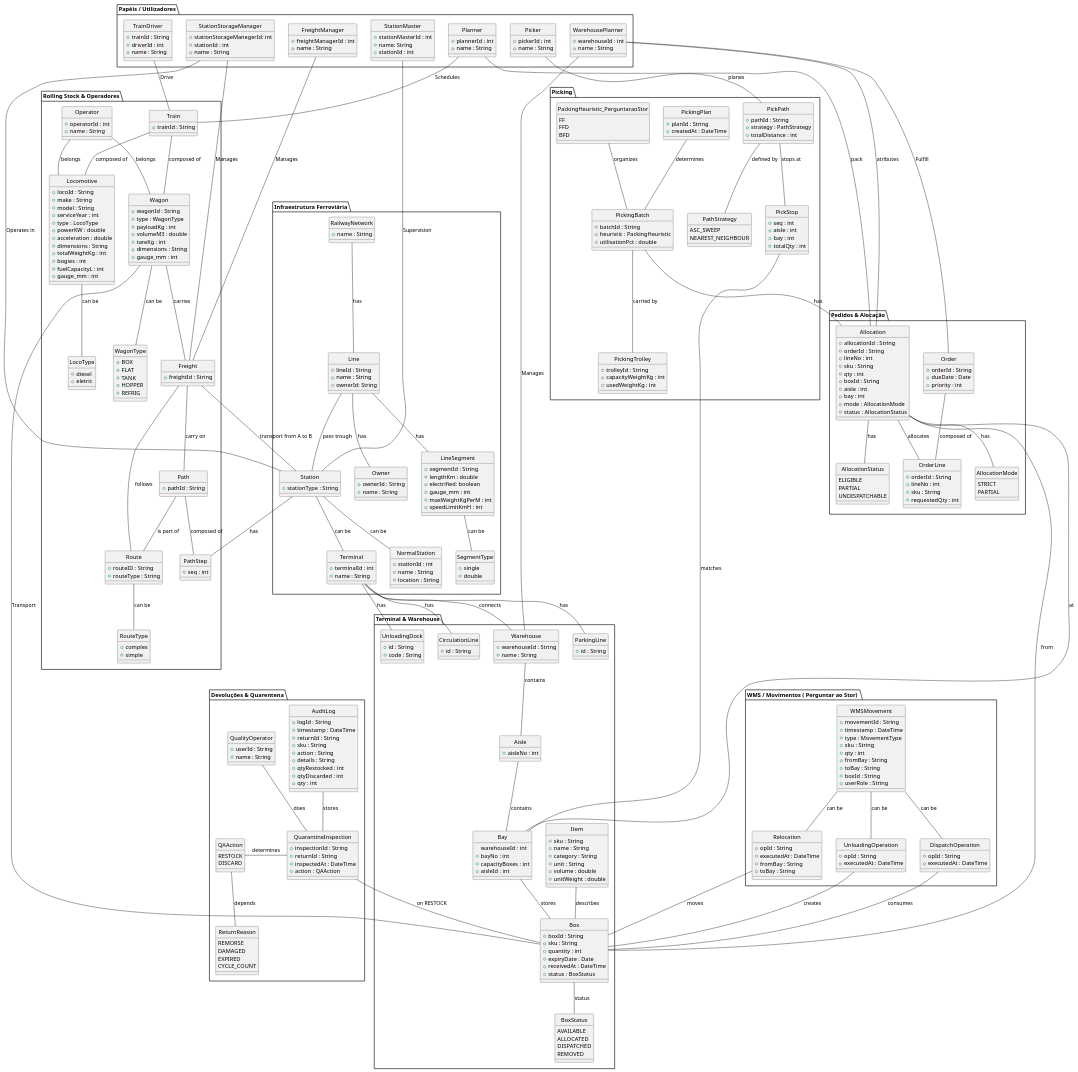
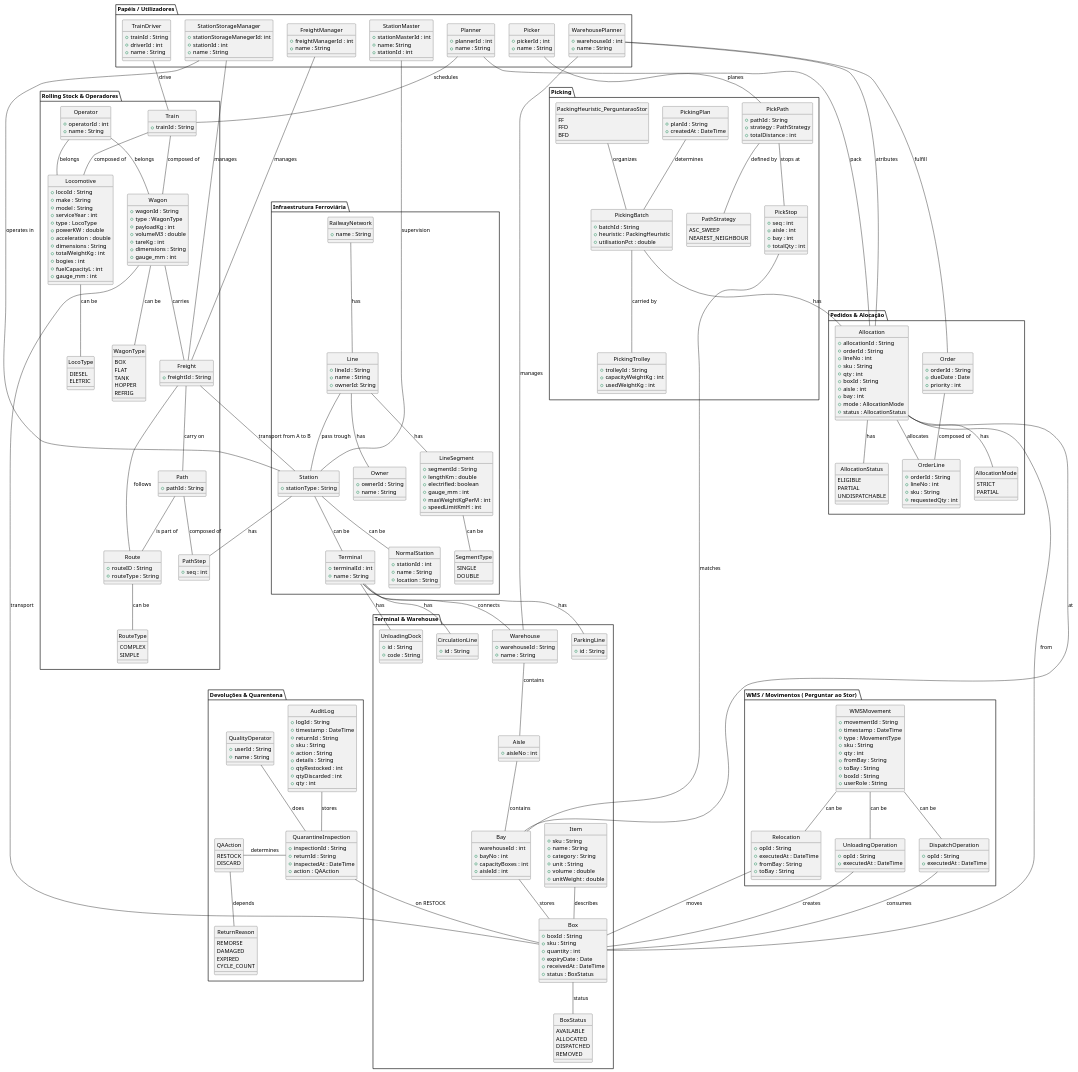
Before and after one commit to Andremonteiro1240850/RailwayNetwork: the diagram in src/main/doc/global-artifacts/Domain Model/DomainModel.puml, drawn with PlantUML.

Commit message:
Domain Model corrections

```diff
--- a/src/main/doc/global-artifacts/Domain Model/DomainModel.puml
+++ b/src/main/doc/global-artifacts/Domain Model/DomainModel.puml
@@ -18,9 +18,9 @@
     +ownerId: String
   }
 
-  class SegmentType {
-    +single
-    +double
+  enum SegmentType {
+    SINGLE
+    DOUBLE
   }
 
   class LineSegment {
@@ -66,9 +66,9 @@
     +name : String
   }
 
-  class LocoType {
-    +diesel
-    +eletric
+  enum LocoType {
+    DIESEL
+    ELETRIC
   }
 
   class Locomotive {
@@ -87,11 +87,11 @@
   }
 
   enum WagonType {
-    +BOX
-    +FLAT
-    +TANK
-    +HOPPER
-    +REFRIG
+    BOX
+    FLAT
+    TANK
+    HOPPER
+    REFRIG
   }
 
   class Wagon {
@@ -125,9 +125,9 @@
   +routeType : String
   }
 
-  class RouteType {
-  +complex
-  +simple
+  enum RouteType {
+  COMPLEX
+  SIMPLE
   }
 }
 
@@ -215,7 +215,7 @@
 Bay -- Box : stores
 Item -- Box : describes
 Box -- BoxStatus : status
-Box -- Wagon : Transport
+Box -- Wagon : transport
 
 ' ======================= OPERAÇÕES WMS =======================
 package "WMS / Movimentos ( Perguntar ao Stor) " {
@@ -448,15 +448,15 @@
 }
 
 ' Relações de Utilizadores
-TrainDriver -- Train : Drive
-StationMaster -- Station : Supervision
-StationStorageManager -- Station : Operates in
-StationStorageManager -- Freight : Manages
-FreightManager -- Freight : Manages
-Planner -- Train : Schedules
-WarehousePlanner -- Warehouse : Manages
+TrainDriver -- Train : drive
+StationMaster -- Station : supervision
+StationStorageManager -- Station : operates in
+StationStorageManager -- Freight : manages
+FreightManager -- Freight : manages
+Planner -- Train : schedules
+WarehousePlanner -- Warehouse : manages
 WarehousePlanner -- Allocation : atributes
-WarehousePlanner -- Order : Fulfill
+WarehousePlanner -- Order : fulfill
 Picker -- PickPath: planes
 Planner -- Allocation : pack
 
```
